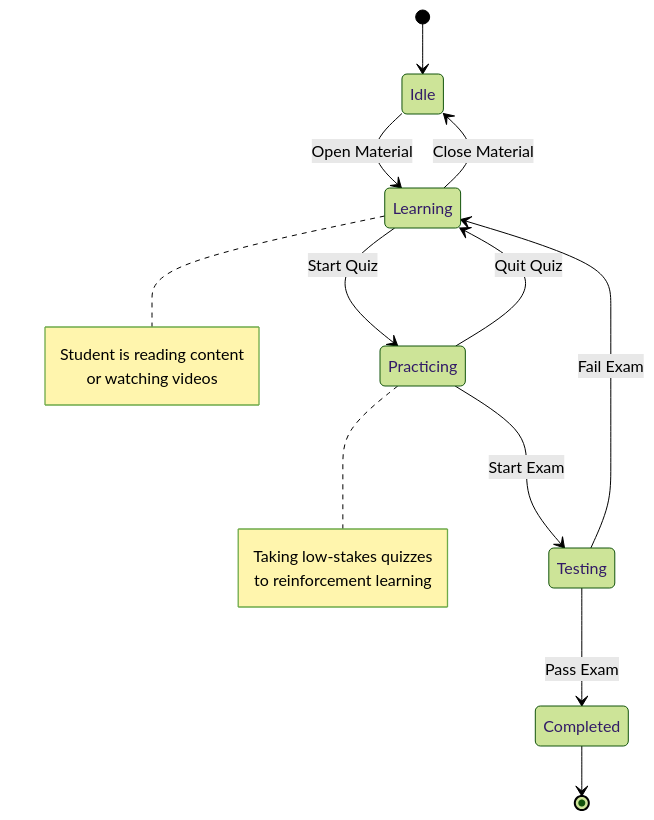
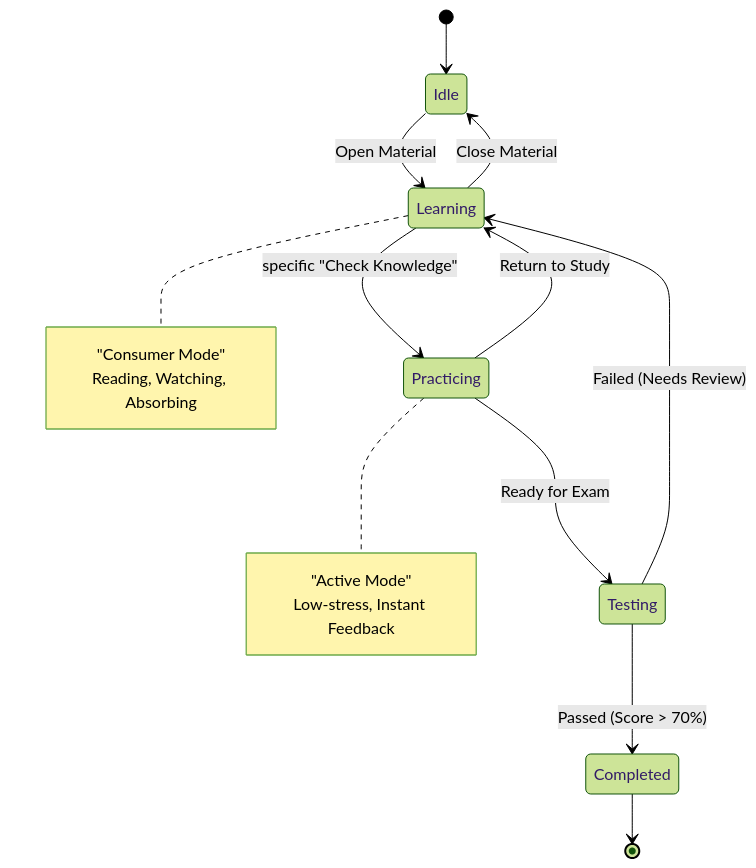
Before and after one commit to suvendukungfu/ai-education-platform: the third of 3 diagrams in docs/02_Behavioral_Diagrams.md, drawn with Mermaid (forest theme). The commit also changed other lines of this file and 5 other files, not shown here.

````diff
--- a/docs/02_Behavioral_Diagrams.md
+++ b/docs/02_Behavioral_Diagrams.md
@@ -117,26 +123,26 @@
 ```mermaid
 stateDiagram-v2
     [*] --> Idle
 
     Idle --> Learning : Open Material
     Learning --> Idle : Close Material
 
-    Learning --> Practicing : Start Quiz
-    Practicing --> Learning : Quit Quiz
-    Practicing --> Testing : Start Exam
+    Learning --> Practicing : specific "Check Knowledge"
+    Practicing --> Learning : Return to Study
+    Practicing --> Testing : Ready for Exam
 
-    Testing --> Completed : Pass Exam
-    Testing --> Learning : Fail Exam
+    Testing --> Completed : Passed (Score > 70%)
+    Testing --> Learning : Failed (Needs Review)
 
     Completed --> [*]
 
     note right of Learning
-        Student is reading content
-        or watching videos
+        "Consumer Mode"
+        Reading, Watching, Absorbing
     end note
 
     note right of Practicing
-        Taking low-stakes quizzes
-        to reinforcement learning
+        "Active Mode"
+        Low-stress, Instant Feedback
     end note
 ```
````
